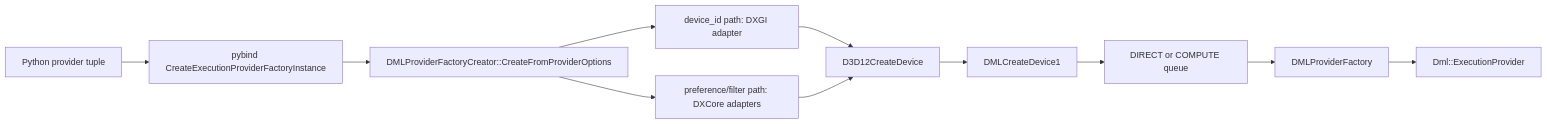
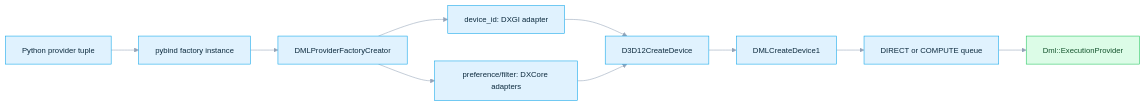
The sixth of 12 diagrams in DirectML/README.md (DakeQQ/Tutorial-ONNX-Runtime-Execution-Providers), drawn with Mermaid before and after one commit. The commit also changed other lines of this file and 15 other files, not shown here.

````diff
--- a/DirectML/README.md
+++ b/DirectML/README.md
@@ -345,13 +363,17 @@
 ```mermaid
+%%{init: {"theme":"base","themeVariables":{"fontSize":"14px","lineColor":"#94a3b8","edgeLabelBackground":"#e2e8f0","primaryTextColor":"#1e293b"}}}%%
 flowchart LR
-  PY["Python provider tuple"] --> PB["pybind CreateExecutionProviderFactoryInstance"]
-  PB --> PARSE["DMLProviderFactoryCreator::CreateFromProviderOptions"]
-  PARSE --> DXGI["device_id path: DXGI adapter"]
-  PARSE --> DXCORE["preference/filter path: DXCore adapters"]
-  DXGI --> D3D["D3D12CreateDevice"]
+    PY["Python provider tuple"] --> PB["pybind factory instance"]
+    PB --> PARSE["DMLProviderFactoryCreator"]
+    PARSE --> DXGI["device_id: DXGI adapter"]
+    PARSE --> DXCORE["preference/filter: DXCore adapters"]
+    DXGI --> D3D["D3D12CreateDevice"]
     DXCORE --> D3D
-  D3D --> DEV["DMLCreateDevice1"]
-  DEV --> QUEUE["DIRECT or COMPUTE queue"]
-  QUEUE --> FACTORY["DMLProviderFactory"]
-  FACTORY --> EP["Dml::ExecutionProvider"]
+    D3D --> DEV["DMLCreateDevice1"]
+    DEV --> QUEUE["DIRECT or COMPUTE queue"]
+    QUEUE --> EP["Dml::ExecutionProvider"]
+    classDef step fill:#e0f2fe,stroke:#0ea5e9,color:#0c2a3d;
+    classDef good fill:#dcfce7,stroke:#22c55e,color:#14532d;
+    class PY,PB,PARSE,DXGI,DXCORE,D3D,DEV,QUEUE step;
+    class EP good;
 ```
````
